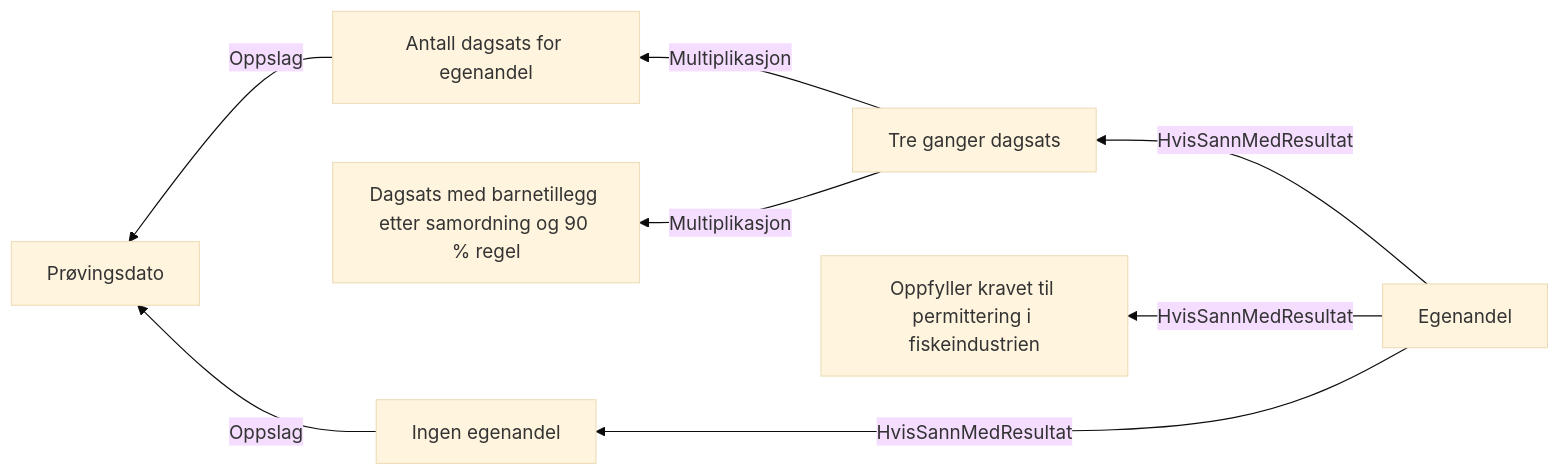
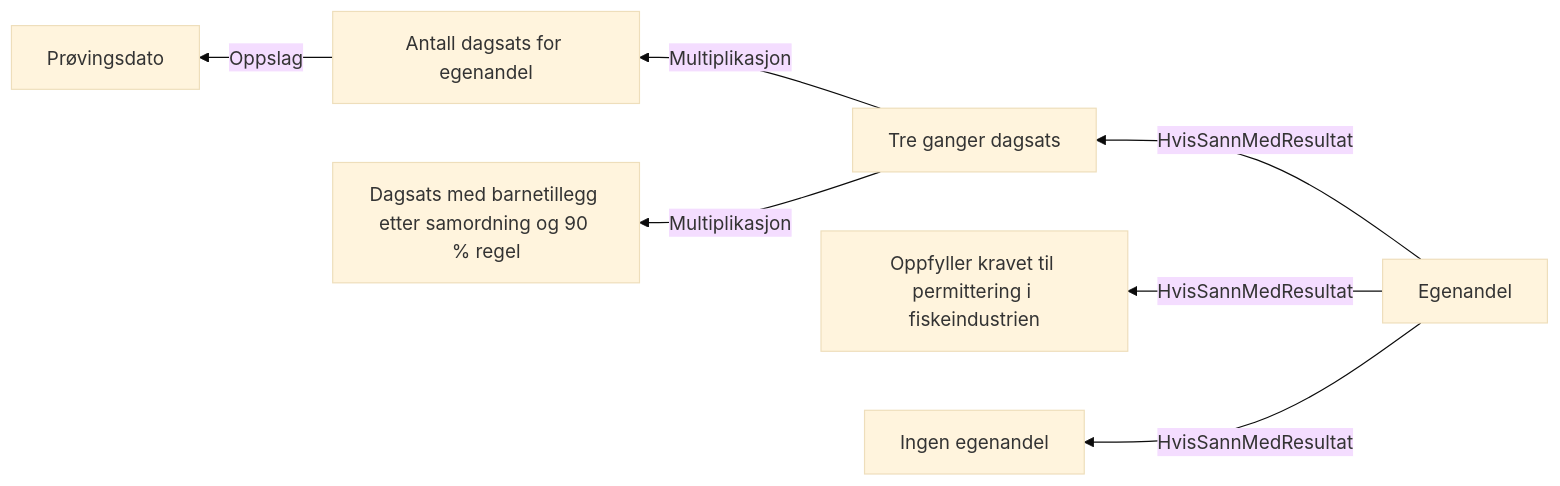
One commit to navikt/dp-behandling changed the diagram in docs/regler/§ 4-9. Egenandel.approved.md. Above: the diagram before and after it, drawn with Mermaid (base theme). The commit also changed 26 other files, not shown here.

````diff
--- a/docs/regler/§ 4-9. Egenandel.approved.md
+++ b/docs/regler/§ 4-9. Egenandel.approved.md
@@ -5,10 +5,9 @@
 ```mermaid
 graph RL
   A["Antall dagsats for egenandel"] -->|"Oppslag"| B["Prøvingsdato"]
   C["Tre ganger dagsats"] -->|"Multiplikasjon"| D["Dagsats med barnetillegg etter samordning og 90 % regel"]
   C["Tre ganger dagsats"] -->|"Multiplikasjon"| A["Antall dagsats for egenandel"]
-  E["Ingen egenandel"] -->|"Oppslag"| B["Prøvingsdato"]
-  F["Egenandel"] -->|"HvisSannMedResultat"| G["Oppfyller kravet til permittering i fiskeindustrien"]
-  F["Egenandel"] -->|"HvisSannMedResultat"| E["Ingen egenandel"]
-  F["Egenandel"] -->|"HvisSannMedResultat"| C["Tre ganger dagsats"]
+  E["Egenandel"] -->|"HvisSannMedResultat"| F["Oppfyller kravet til permittering i fiskeindustrien"]
+  E["Egenandel"] -->|"HvisSannMedResultat"| G["Ingen egenandel"]
+  E["Egenandel"] -->|"HvisSannMedResultat"| C["Tre ganger dagsats"]
 ```
````
